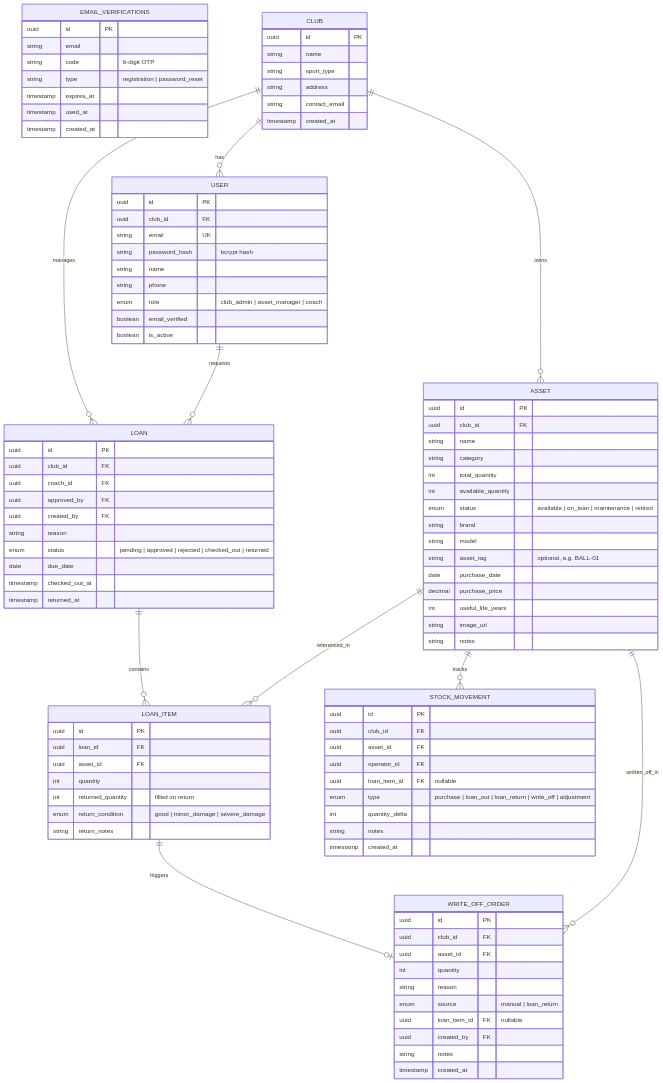
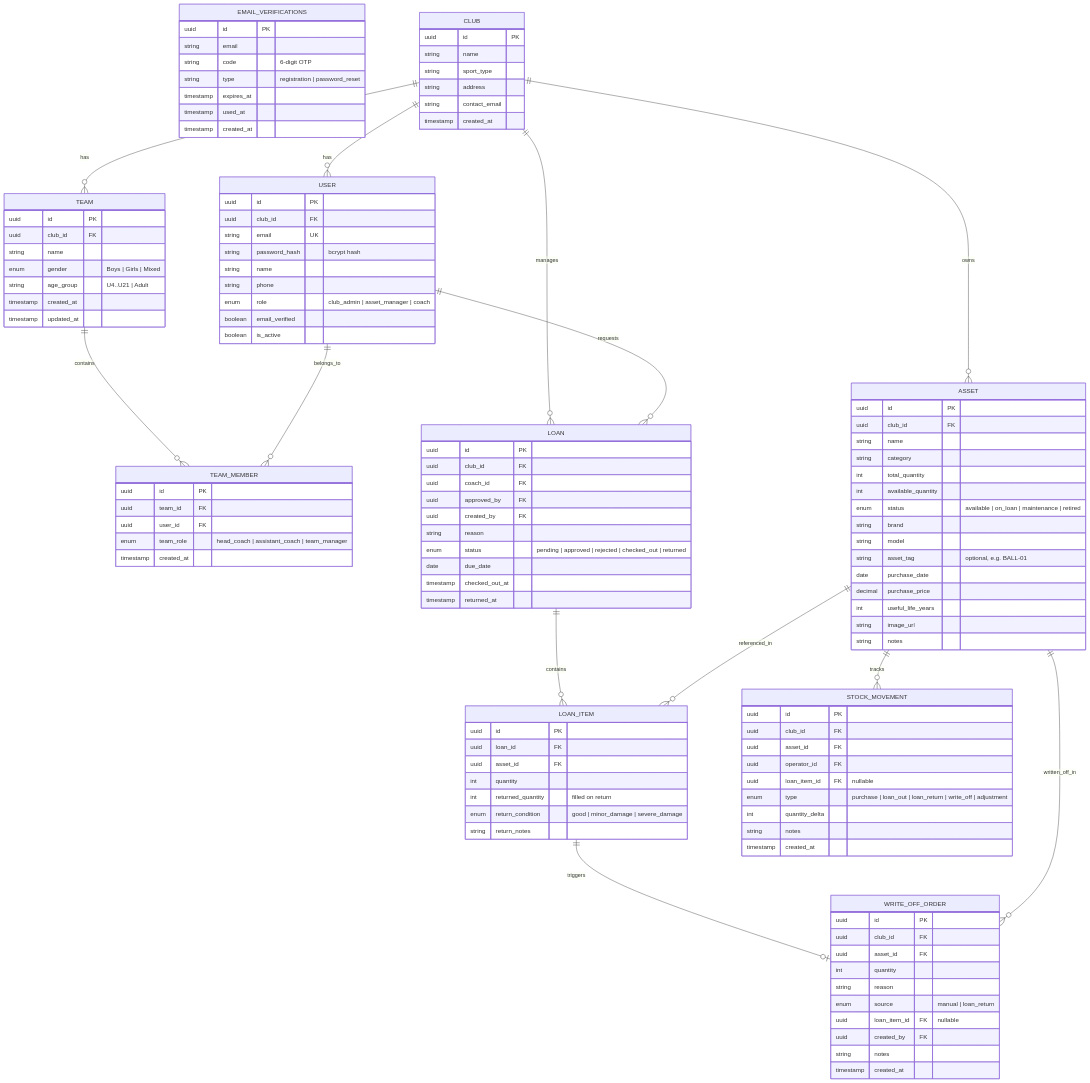
One commit to Hansenyao/sportstock changed the second of 8 diagrams in docs/system-design.md. Above: the diagram before and after it, drawn with Mermaid. The commit also changed other lines of this file and 1 other file, not shown here.

Commit message:
update database design for teams management

```diff
--- a/docs/system-design.md
+++ b/docs/system-design.md
@@ -92,6 +92,24 @@
         enum role "club_admin | asset_manager | coach"
         boolean email_verified
         boolean is_active
+    }
+
+    TEAM {
+        uuid id PK
+        uuid club_id FK
+        string name
+        enum gender "Boys | Girls | Mixed"
+        string age_group "U4..U21 | Adult"
+        timestamp created_at
+        timestamp updated_at
+    }
+
+    TEAM_MEMBER {
+        uuid id PK
+        uuid team_id FK
+        uuid user_id FK
+        enum team_role "head_coach | assistant_coach | team_manager"
+        timestamp created_at
     }
 
     ASSET {
@@ -161,6 +179,9 @@
     }
 
     CLUB ||--o{ USER : has
+    CLUB ||--o{ TEAM : has
+    TEAM ||--o{ TEAM_MEMBER : contains
+    USER ||--o{ TEAM_MEMBER : belongs_to
     CLUB ||--o{ ASSET : owns
     CLUB ||--o{ LOAN : manages
     LOAN ||--o{ LOAN_ITEM : contains
```
